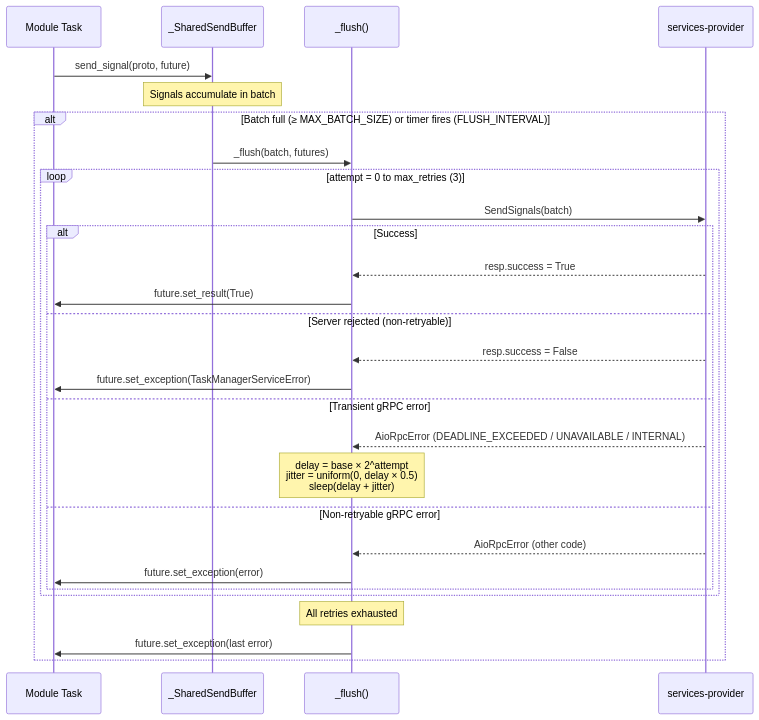
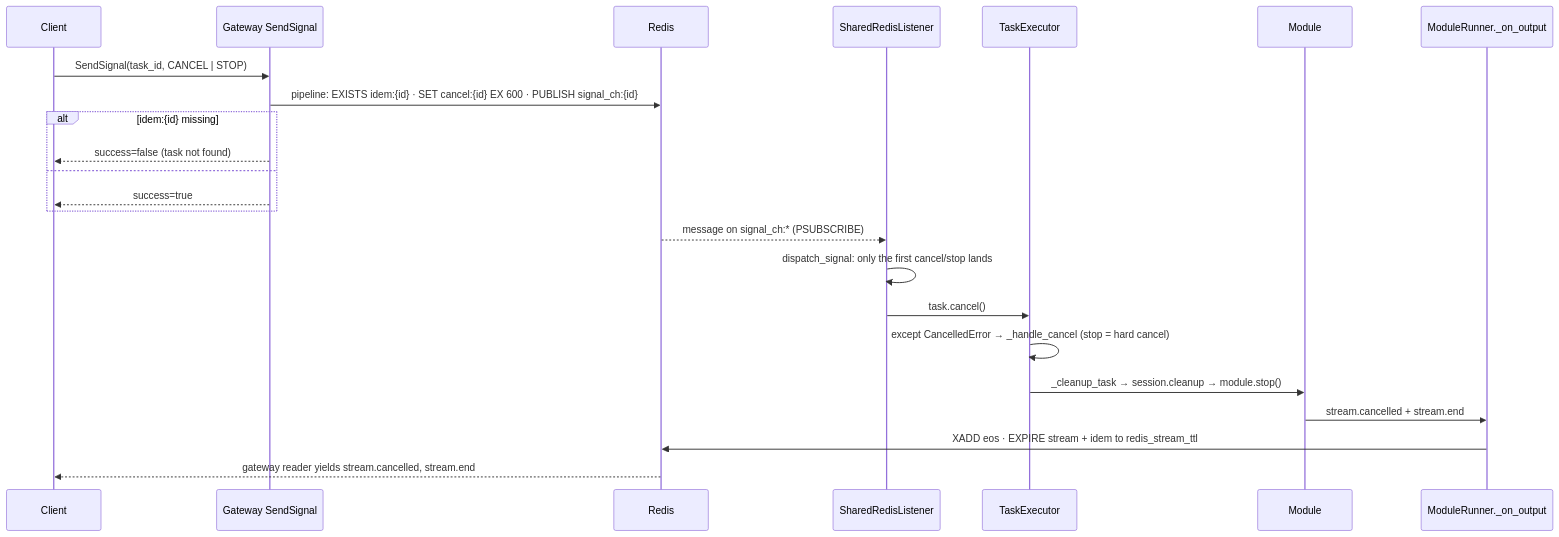
The second of 2 diagrams in docs/architecture/resilience.md (DigitalKin-ai/digitalkin), drawn with Mermaid before and after one commit. The commit also changed other lines of this file and 141 other files, not shown here.

````diff
--- a/docs/architecture/resilience.md
+++ b/docs/architecture/resilience.md
@@ -62,35 +45,26 @@
 ```mermaid
 sequenceDiagram
-    participant Task as Module Task
-    participant Buffer as _SharedSendBuffer
-    participant Flush as _flush()
-    participant SP as services-provider
+    participant C as Client
+    participant G as Gateway SendSignal
+    participant R as Redis
+    participant L as SharedRedisListener
+    participant E as TaskExecutor
+    participant M as Module
+    participant W as ModuleRunner._on_output
 
-    Task->>Buffer: send_signal(proto, future)
-    Note over Buffer: Signals accumulate in batch
-
-    alt Batch full (≥ MAX_BATCH_SIZE) or timer fires (FLUSH_INTERVAL)
-        Buffer->>Flush: _flush(batch, futures)
-
-        loop attempt = 0 to max_retries (3)
-            Flush->>SP: SendSignals(batch)
-
-            alt Success
-                SP-->>Flush: resp.success = True
-                Flush->>Task: future.set_result(True)
-            else Server rejected (non-retryable)
-                SP-->>Flush: resp.success = False
-                Flush->>Task: future.set_exception(TaskManagerServiceError)
-            else Transient gRPC error
-                SP-->>Flush: AioRpcError (DEADLINE_EXCEEDED / UNAVAILABLE / INTERNAL)
-                Note over Flush: delay = base × 2^attempt<br/>jitter = uniform(0, delay × 0.5)<br/>sleep(delay + jitter)
-            else Non-retryable gRPC error
-                SP-->>Flush: AioRpcError (other code)
-                Flush->>Task: future.set_exception(error)
-            end
-        end
-
-        Note over Flush: All retries exhausted
-        Flush->>Task: future.set_exception(last error)
+    C->>G: SendSignal(task_id, CANCEL | STOP)
+    G->>R: pipeline: EXISTS idem:{id} · SET cancel:{id} EX 600 · PUBLISH signal_ch:{id}
+    alt idem:{id} missing
+        G-->>C: success=false (task not found)
+    else
+        G-->>C: success=true
     end
+    R-->>L: message on signal_ch:* (PSUBSCRIBE)
+    L->>L: dispatch_signal: only the first cancel/stop lands
+    L->>E: task.cancel()
+    E->>E: except CancelledError → _handle_cancel (stop = hard cancel)
+    E->>M: _cleanup_task → session.cleanup → module.stop()
+    M->>W: stream.cancelled + stream.end
+    W->>R: XADD eos · EXPIRE stream + idem to redis_stream_ttl
+    R-->>C: gateway reader yields stream.cancelled, stream.end
 ```
````
